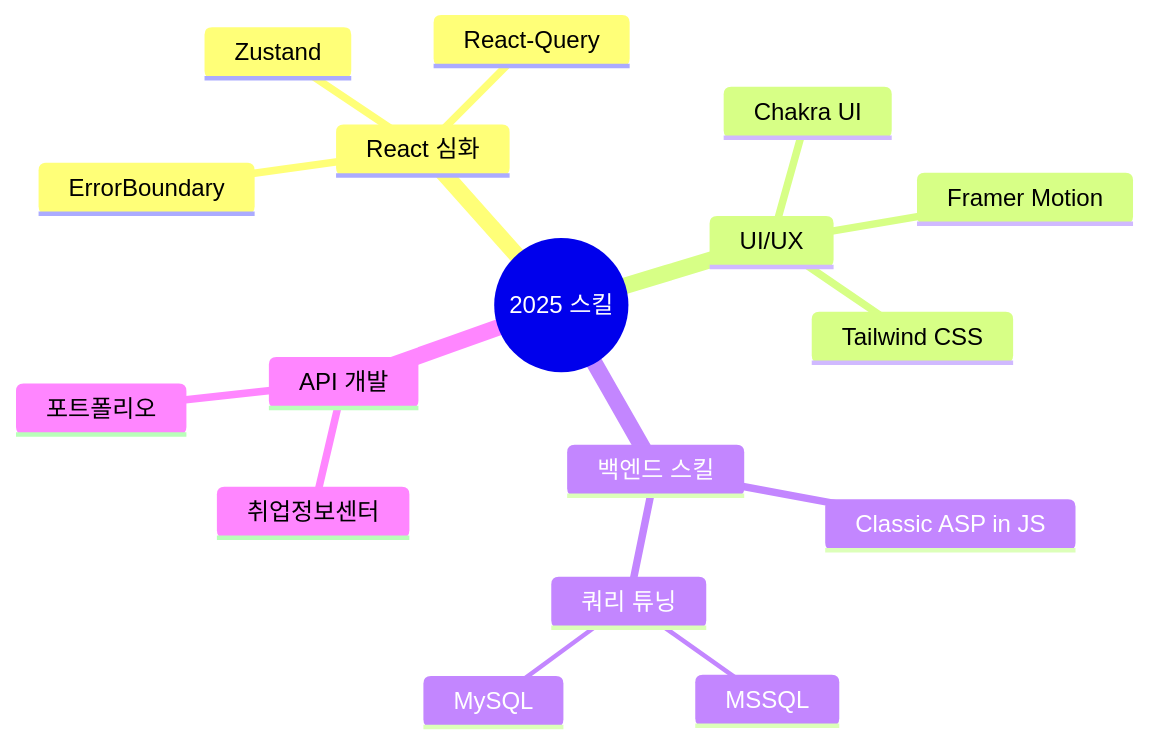
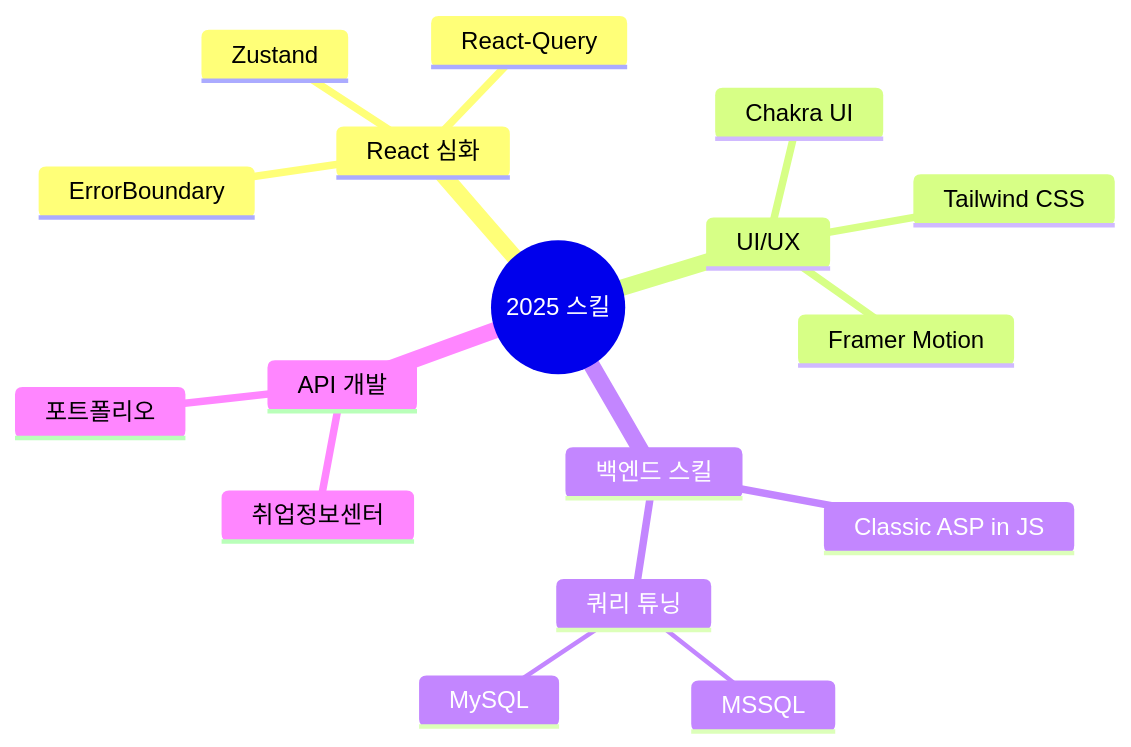
One commit to SnowsFE/SnowsFE changed the diagram in README.md. Above: the diagram before and after it, drawn with Mermaid. The commit also changed other lines of this file, not shown here.

````diff
--- a/README.md
+++ b/README.md
@@ -145,20 +145,20 @@
 ```mermaid
 mindmap
   root((2025 스킬))
     React 심화
       Zustand
       React-Query
       ErrorBoundary
     UI/UX
       Chakra UI
+      Tailwind CSS
       Framer Motion
-      Tailwind CSS
     백엔드 스킬
       Classic ASP in JS
       쿼리 튜닝
         MSSQL
         MySQL
     API 개발
       취업정보센터
       포트폴리오
 ```
````
